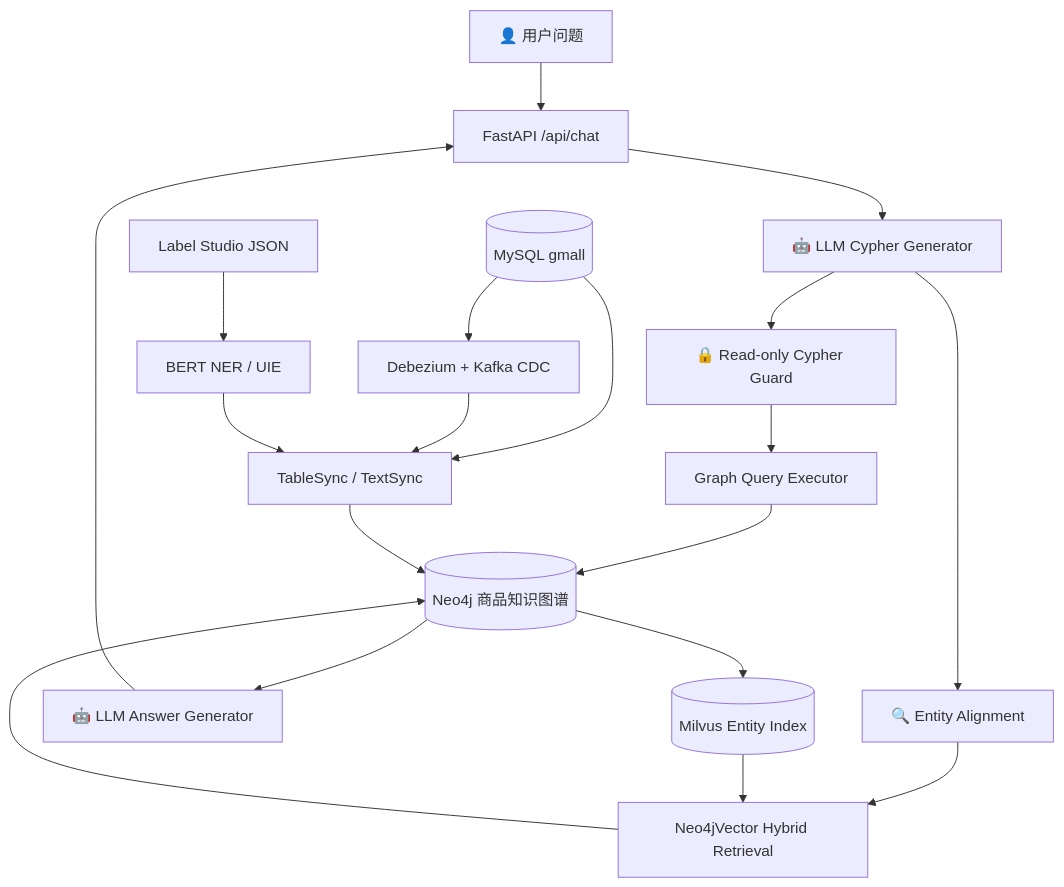
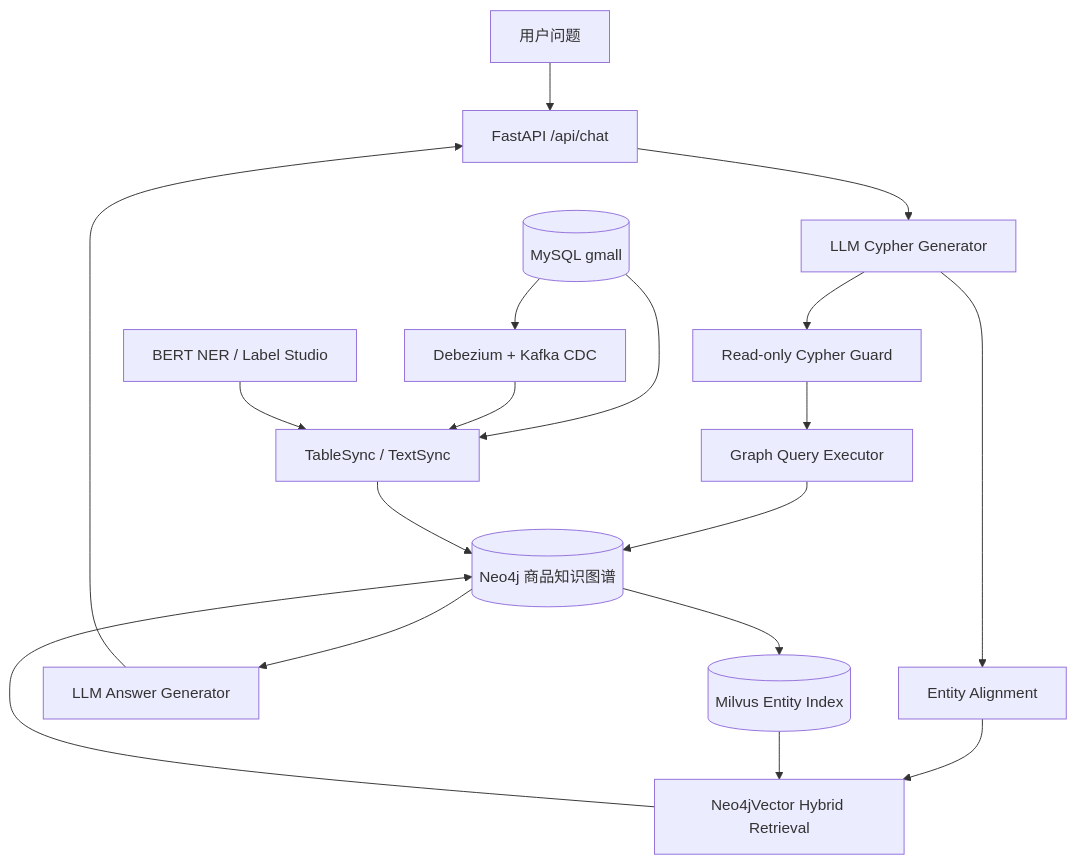
One commit to XiaoFeiCode/graph_rag changed the diagram in README.md. Above: the diagram before and after it, drawn with Mermaid. The commit also changed other lines of this file and 6 other files, not shown here.

````diff
--- a/README.md
+++ b/README.md
@@ -81,22 +43,21 @@
 ```mermaid
 flowchart TB
-    User[👤 用户问题] --> API[FastAPI /api/chat]
-    API --> Generator[🤖 LLM Cypher Generator]
-    Generator --> Guard[🔒 Read-only Cypher Guard]
-    Generator --> Entity[🔍 Entity Alignment]
+    User[用户问题] --> API[FastAPI /api/chat]
+    API --> Generator[LLM Cypher Generator]
+    Generator --> Guard[Read-only Cypher Guard]
+    Generator --> Entity[Entity Alignment]
     Entity --> Hybrid[Neo4jVector Hybrid Retrieval]
     Hybrid --> Graph[(Neo4j 商品知识图谱)]
     Guard --> Executor[Graph Query Executor]
     Executor --> Graph
-    Graph --> Answer[🤖 LLM Answer Generator]
+    Graph --> Answer[LLM Answer Generator]
     Answer --> API
 
     MySQL[(MySQL gmall)] --> Sync[TableSync / TextSync]
     MySQL --> CDC[Debezium + Kafka CDC]
     CDC --> Sync
-    Label[Label Studio JSON] --> NER[BERT NER / UIE]
-    NER --> Sync
+    NER[BERT NER / Label Studio] --> Sync
     Sync --> Graph
     Graph --> Milvus[(Milvus Entity Index)]
     Milvus --> Hybrid
 ```
````
